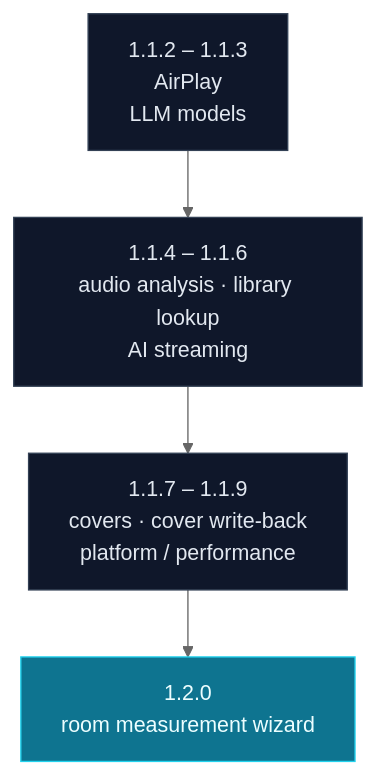
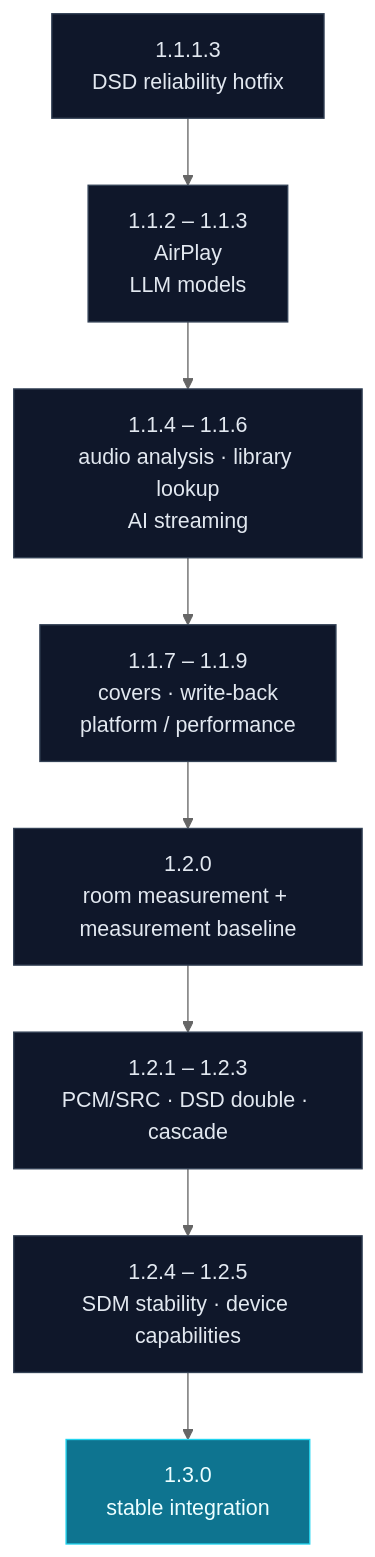
One commit to BH2VOQ/RLPlayer-Mac changed the diagram in README.md. Above: the diagram before and after it, drawn with Mermaid (neutral theme). The commit also changed other lines of this file and 2 other files, not shown here.

Commit message:
docs(roadmap): consolidate 1.1.1-1.3.0 into one roadmap
Add the 1.1.1.3 DSD reliability hotfix, merge the audio track into 1.2.0-1.2.5 and keep 1.3.0 as the convergence milestone.

````diff
--- a/README.md
+++ b/README.md
@@ -265,12 +272,16 @@
 ```mermaid
 flowchart TB
-  A["1.1.2 – 1.1.3<br/>AirPlay<br/>LLM models"]
-  B["1.1.4 – 1.1.6<br/>audio analysis · library lookup<br/>AI streaming"]
-  C["1.1.7 – 1.1.9<br/>covers · cover write-back<br/>platform / performance"]
-  D["1.2.0<br/>room measurement wizard"]
-  A --> B --> C --> D
+  A["1.1.1.3<br/>DSD reliability hotfix"]
+  B["1.1.2 – 1.1.3<br/>AirPlay<br/>LLM models"]
+  C["1.1.4 – 1.1.6<br/>audio analysis · library lookup<br/>AI streaming"]
+  D["1.1.7 – 1.1.9<br/>covers · write-back<br/>platform / performance"]
+  E["1.2.0<br/>room measurement + measurement baseline"]
+  F["1.2.1 – 1.2.3<br/>PCM/SRC · DSD double · cascade"]
+  G["1.2.4 – 1.2.5<br/>SDM stability · device capabilities"]
+  H["1.3.0<br/>stable integration"]
+  A --> B --> C --> D --> E --> F --> G --> H
   classDef plan fill:#0f172a,stroke:#334155,color:#e2e8f0;
   classDef next fill:#0e7490,stroke:#22d3ee,color:#ecfeff;
-  class A,B,C plan;
-  class D next;
+  class A,B,C,D,E,F,G plan;
+  class H next;
 ```
````
